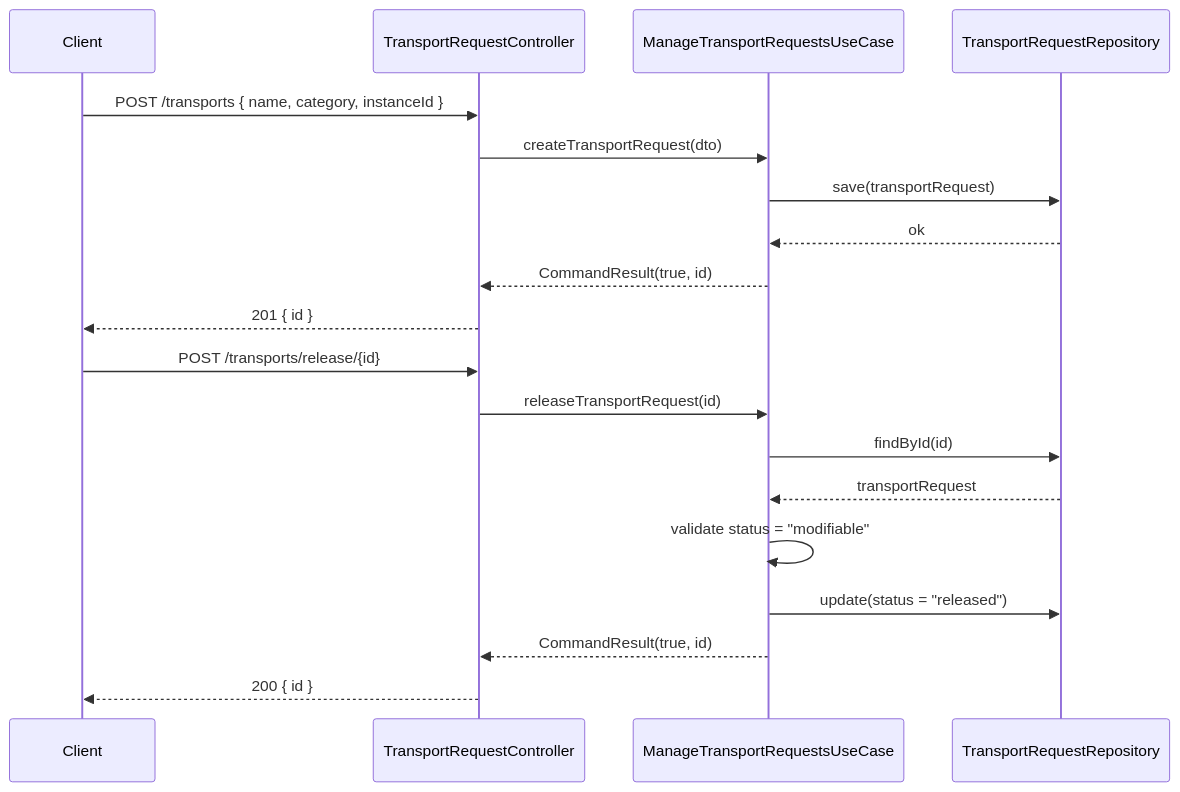
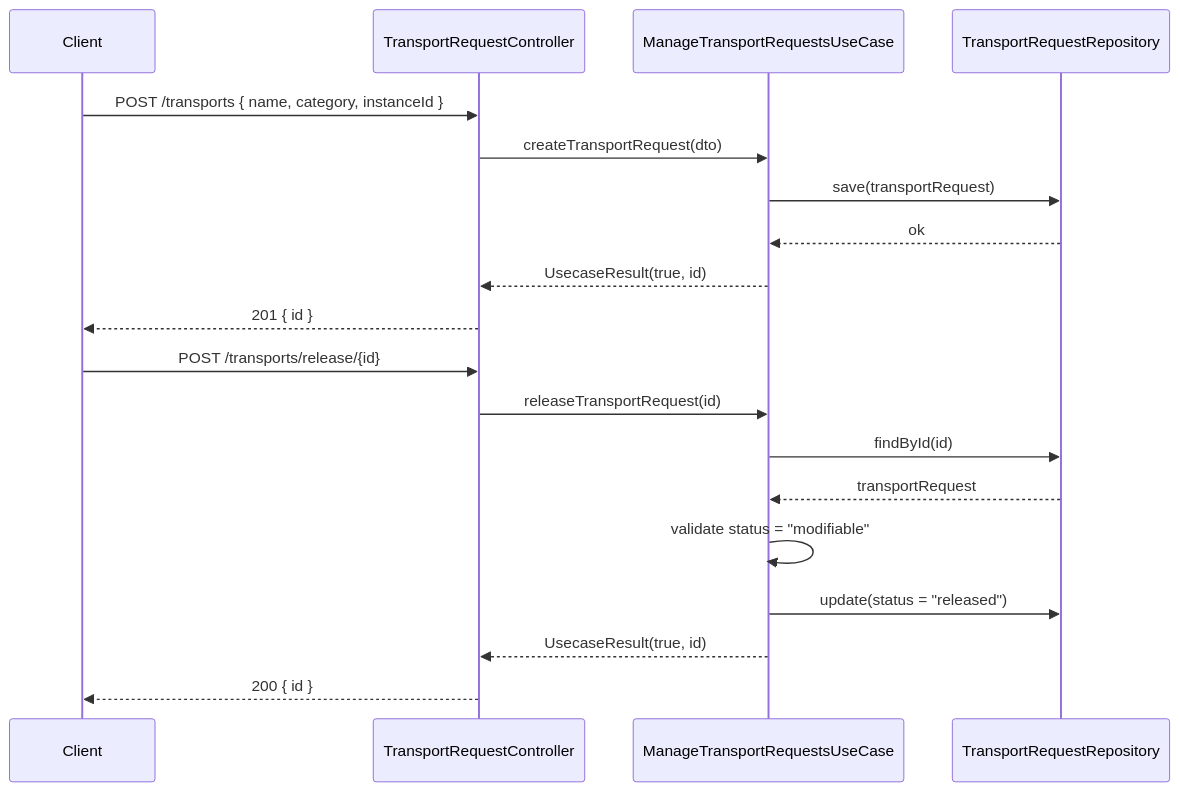
Before and after one commit to UIMSolutions/uim-platform: the third of 4 diagrams in abap-environment/UML.md, drawn with Mermaid. The commit also changed other lines of this file and 907 other files, not shown here.

Commit message:
Rename CommandResult

````diff
--- a/abap-environment/UML.md
+++ b/abap-environment/UML.md
@@ -193,23 +193,23 @@
 ```mermaid
 sequenceDiagram
     participant Client
     participant TC as TransportRequestController
     participant TUC as ManageTransportRequestsUseCase
     participant TR as TransportRequestRepository
 
     Client->>TC: POST /transports { name, category, instanceId }
     TC->>TUC: createTransportRequest(dto)
     TUC->>TR: save(transportRequest)
     TR-->>TUC: ok
-    TUC-->>TC: CommandResult(true, id)
+    TUC-->>TC: UsecaseResult(true, id)
     TC-->>Client: 201 { id }
 
     Client->>TC: POST /transports/release/{id}
     TC->>TUC: releaseTransportRequest(id)
     TUC->>TR: findById(id)
     TR-->>TUC: transportRequest
     TUC->>TUC: validate status = "modifiable"
     TUC->>TR: update(status = "released")
-    TUC-->>TC: CommandResult(true, id)
+    TUC-->>TC: UsecaseResult(true, id)
     TC-->>Client: 200 { id }
 ```
````
